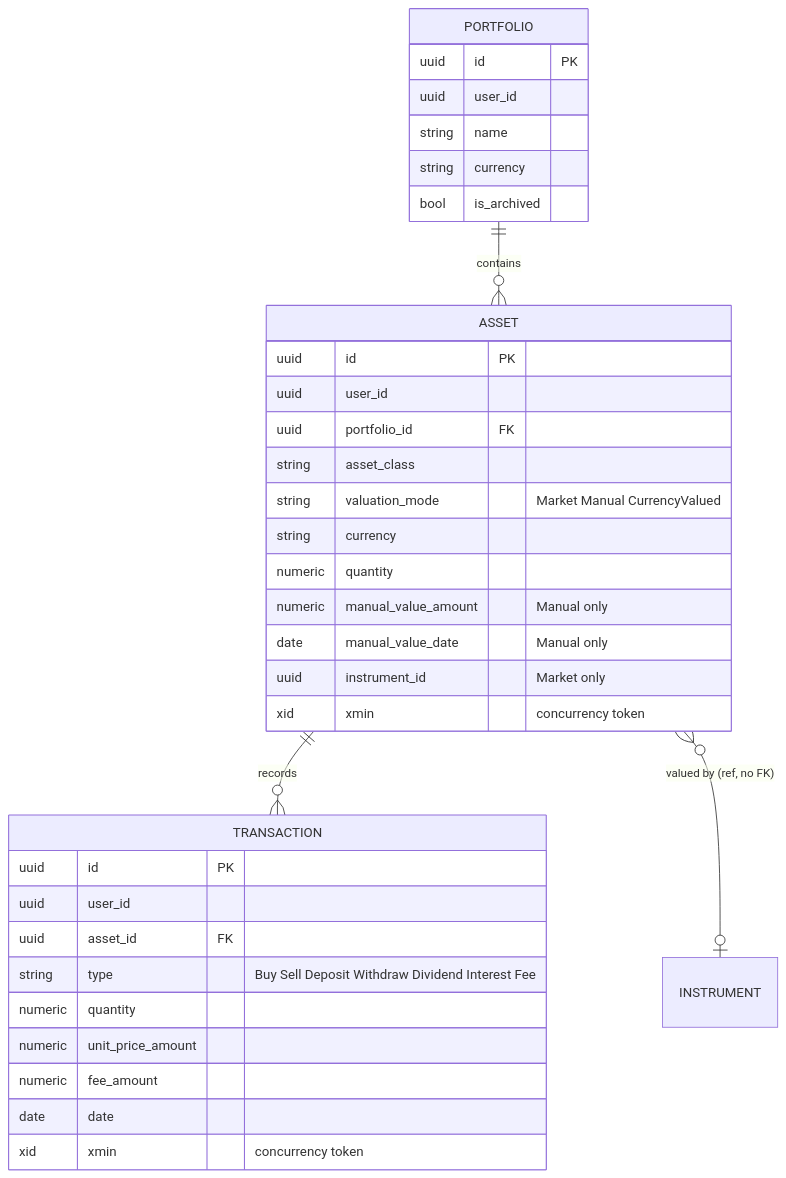
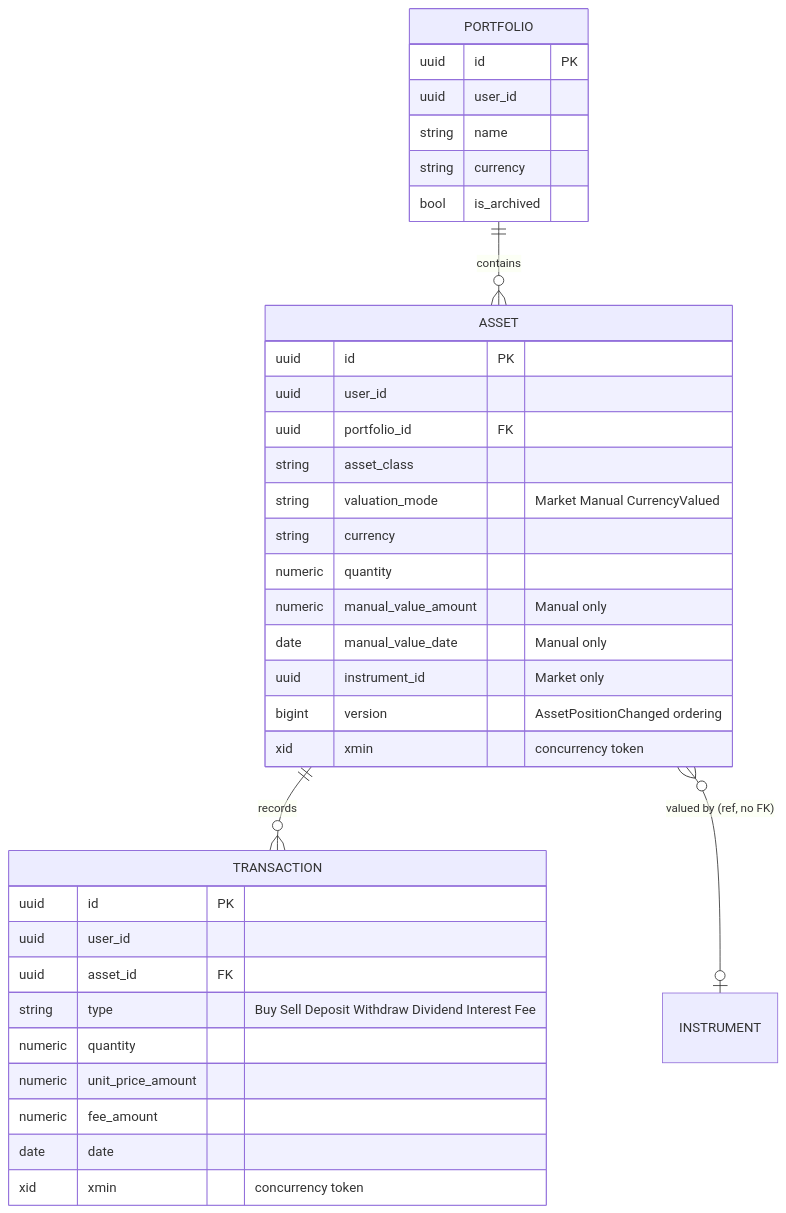
Before and after one commit to Maliniak93/FinMel: the first of 3 diagrams in skarbiec-plan/domain.md, drawn with Mermaid. The commit also changed other lines of this file and 59 other files, not shown here.

````diff
--- a/skarbiec-plan/domain.md
+++ b/skarbiec-plan/domain.md
@@ -36,37 +36,38 @@
 ```mermaid
 erDiagram
     PORTFOLIO ||--o{ ASSET : contains
     ASSET ||--o{ TRANSACTION : records
     ASSET }o--o| INSTRUMENT : "valued by (ref, no FK)"
     PORTFOLIO {
         uuid id PK
         uuid user_id
         string name
         string currency
         bool is_archived
     }
     ASSET {
         uuid id PK
         uuid user_id
         uuid portfolio_id FK
         string asset_class
         string valuation_mode "Market Manual CurrencyValued"
         string currency
         numeric quantity
         numeric manual_value_amount "Manual only"
         date manual_value_date "Manual only"
         uuid instrument_id "Market only"
+        bigint version "AssetPositionChanged ordering"
         xid xmin "concurrency token"
     }
     TRANSACTION {
         uuid id PK
         uuid user_id
         uuid asset_id FK
         string type "Buy Sell Deposit Withdraw Dividend Interest Fee"
         numeric quantity
         numeric unit_price_amount
         numeric fee_amount
         date date
         xid xmin "concurrency token"
     }
 ```
````
